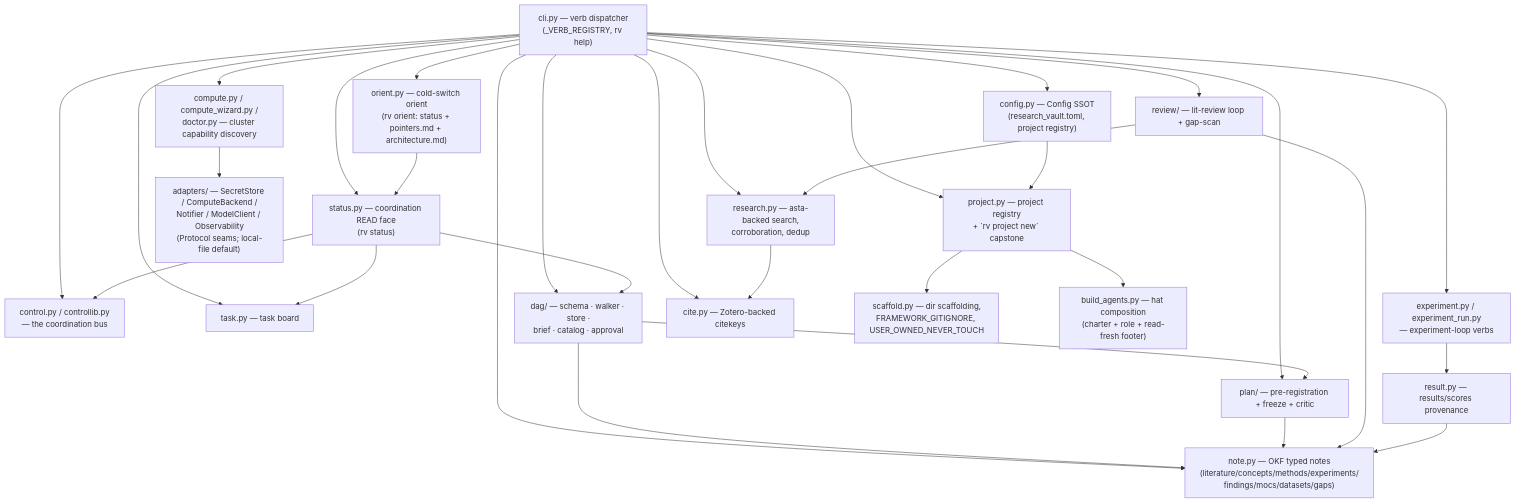
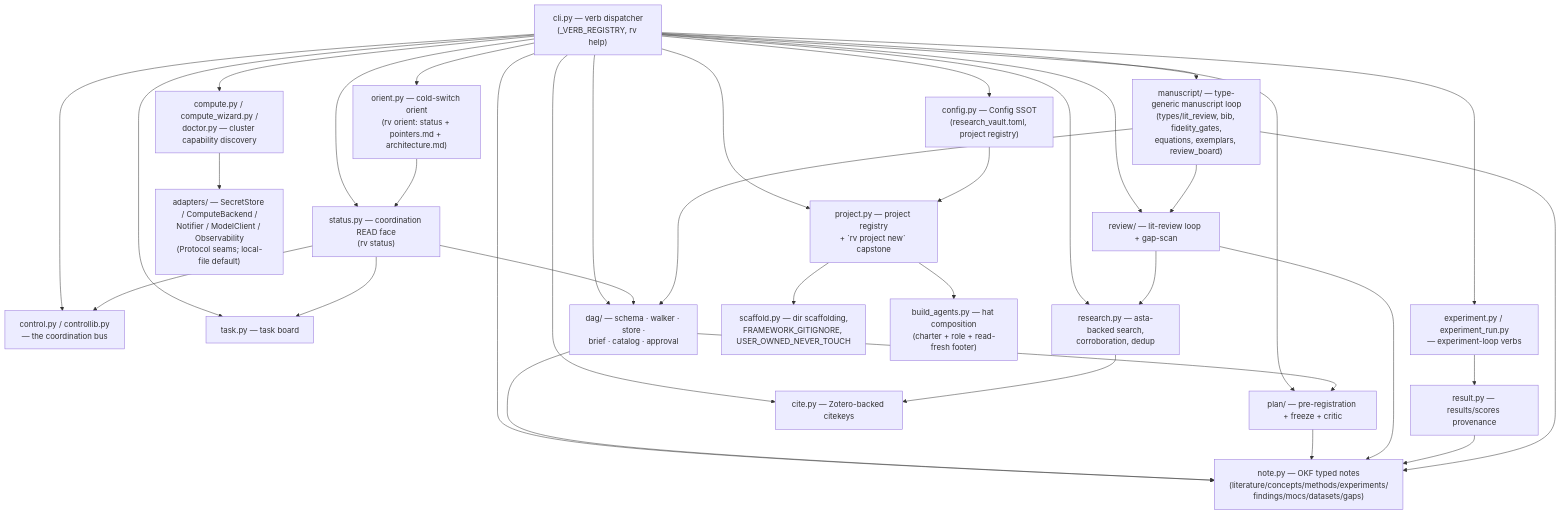
Before and after one commit to phoongkhangzhie/research-vault: the diagram in architecture.md, drawn with Mermaid. The commit also changed other lines of this file and 7 other files, not shown here.

````diff
--- a/architecture.md
+++ b/architecture.md
@@ -24,53 +25,58 @@
 ```mermaid
 graph TD
     CLI["cli.py — verb dispatcher\n(_VERB_REGISTRY, rv help)"]
     CFG["config.py — Config SSOT\n(research_vault.toml, project registry)"]
     NOTE["note.py — OKF typed notes\n(literature/concepts/methods/experiments/\nfindings/mocs/datasets/gaps)"]
     CTL["control.py / controllib.py\n— the coordination bus"]
     STATUS["status.py — coordination READ face\n(rv status)"]
     ORIENT["orient.py — cold-switch orient\n(rv orient: status + pointers.md + architecture.md)"]
     TASK["task.py — task board"]
     DAG["dag/ — schema · walker · store ·\nbrief · catalog · approval"]
     PLAN["plan/ — pre-registration + freeze + critic"]
     REVIEW["review/ — lit-review loop + gap-scan"]
     EXP["experiment.py / experiment_run.py\n— experiment-loop verbs"]
     RESULT["result.py — results/scores provenance"]
     RESEARCH["research.py — asta-backed search,\ncorroboration, dedup"]
     CITE["cite.py — Zotero-backed citekeys"]
     COMPUTE["compute.py / compute_wizard.py /\ndoctor.py — cluster capability discovery"]
     ADAPTERS["adapters/ — SecretStore / ComputeBackend /\nNotifier / ModelClient / Observability\n(Protocol seams; local-file default)"]
     PROJECT["project.py — project registry\n+ `rv project new` capstone"]
     SCAFFOLD["scaffold.py — dir scaffolding,\nFRAMEWORK_GITIGNORE, USER_OWNED_NEVER_TOUCH"]
     BUILD["build_agents.py — hat composition\n(charter + role + read-fresh footer)"]
+    MS["manuscript/ — type-generic manuscript loop\n(types/lit_review, bib, fidelity_gates,\nequations, exemplars, review_board)"]
 
     CLI --> CFG
     CLI --> STATUS
     CLI --> ORIENT
     ORIENT --> STATUS
     CLI --> NOTE
     CLI --> CTL
     CLI --> TASK
     CLI --> DAG
     CLI --> PLAN
     CLI --> REVIEW
     CLI --> EXP
     CLI --> RESEARCH
     CLI --> CITE
     CLI --> COMPUTE
     CLI --> PROJECT
+    CLI --> MS
     CFG --> PROJECT
     PROJECT --> SCAFFOLD
     PROJECT --> BUILD
     DAG --> NOTE
     DAG --> PLAN
     PLAN --> NOTE
     REVIEW --> NOTE
     REVIEW --> RESEARCH
     EXP --> RESULT
     RESULT --> NOTE
     RESEARCH --> CITE
     COMPUTE --> ADAPTERS
     STATUS --> CTL
     STATUS --> TASK
     STATUS --> DAG
+    MS --> DAG
+    MS --> NOTE
+    MS --> REVIEW
 ```
````
